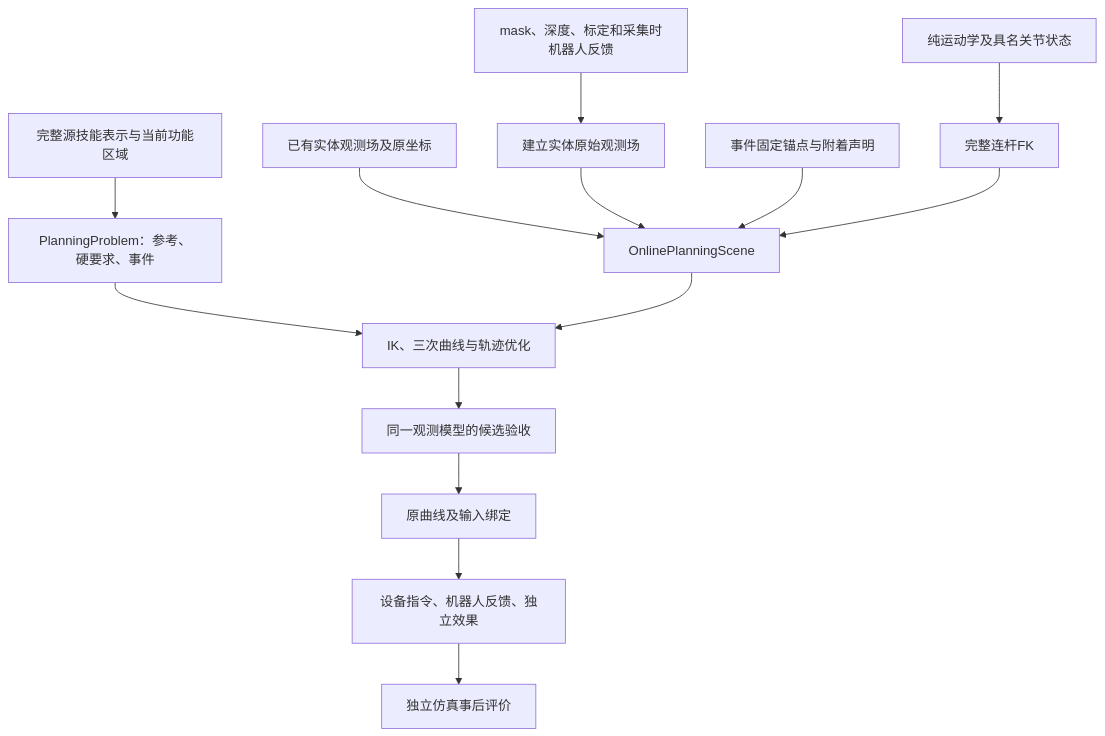
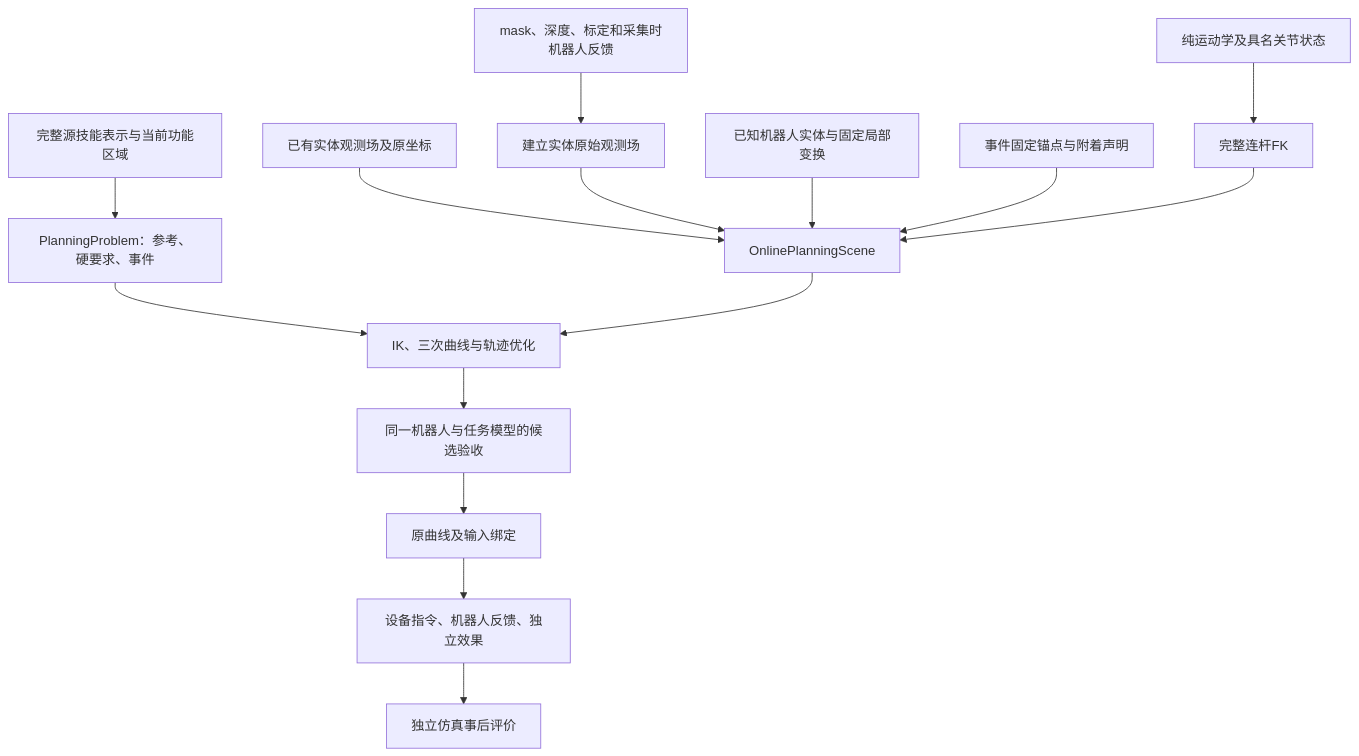
Before and after one commit to illusionaryshelter/FUNCTO_public: the diagram in PLANNER_ARCHITECTURE.md, drawn with Mermaid. The commit also changed other lines of this file and 44 other files, not shown here.

````diff
--- a/PLANNER_ARCHITECTURE.md
+++ b/PLANNER_ARCHITECTURE.md
@@ -20,16 +20,17 @@
 ```mermaid
 flowchart TD
  S[完整源技能表示与当前功能区域] --> P[PlanningProblem：参考、硬要求、事件]
  D[mask、深度、标定和采集时机器人反馈] --> M[建立实体原始观测场]
  G[已有实体观测场及原坐标] --> C[OnlinePlanningScene]
  M --> C
  K[纯运动学及具名关节状态] --> F[完整连杆FK]
+ N[已知机器人实体与固定局部变换] --> C
  A[事件固定锚点与附着声明] --> C
  F --> C
  P --> O[IK、三次曲线与轨迹优化]
  C --> O
- O --> V[同一观测模型的候选验收]
+ O --> V[同一机器人与任务模型的候选验收]
  V --> B[原曲线及输入绑定]
  B --> E[设备指令、机器人反馈、独立效果]
  E --> R[独立仿真事后评价]
 ```
````
